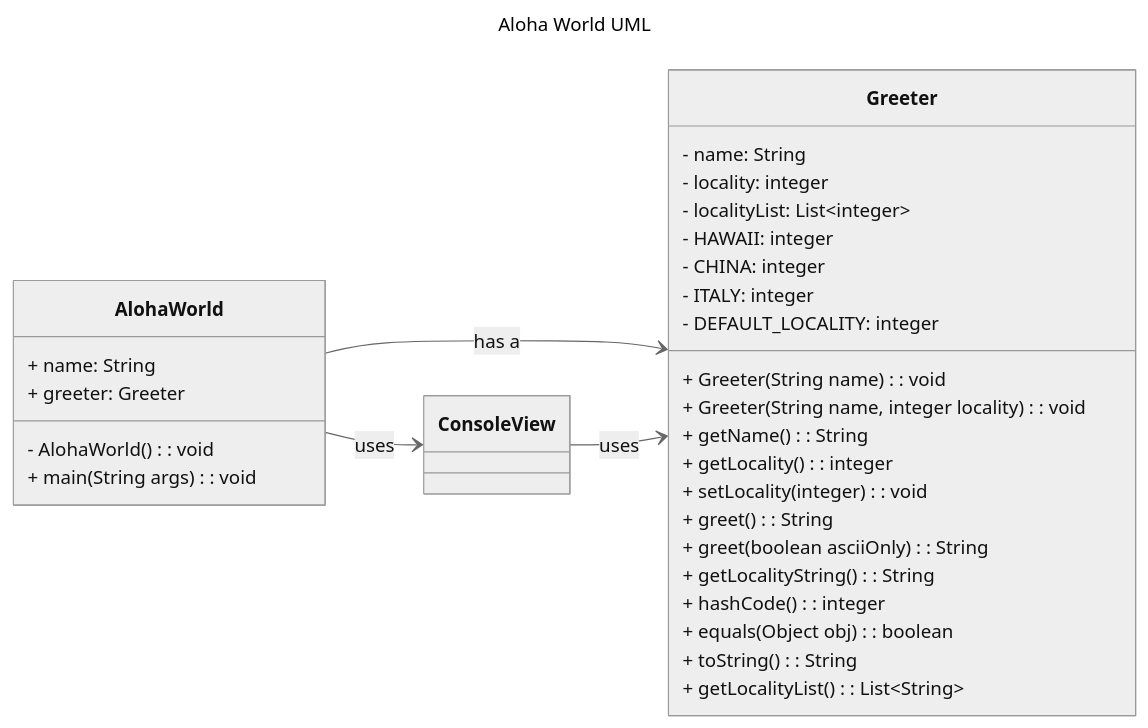
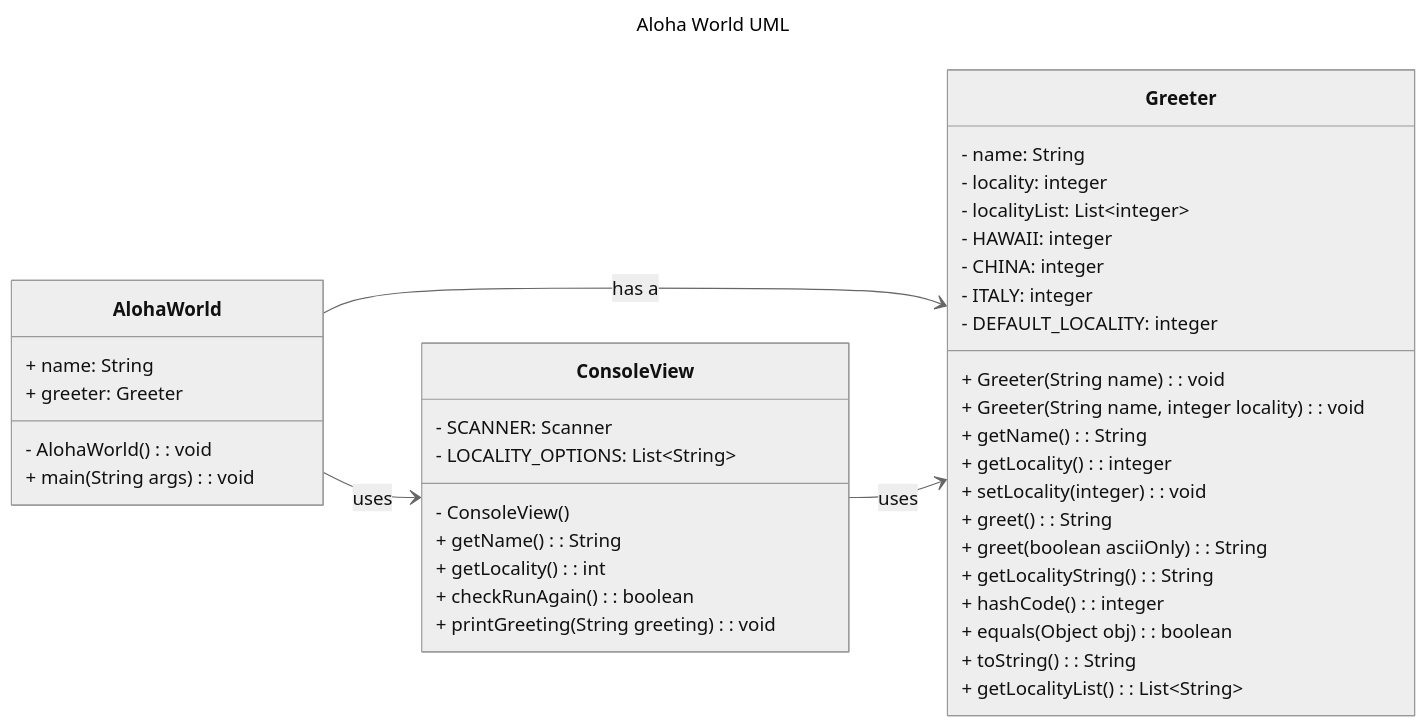
Before and after one commit to arshsinghphd/CS5004_Spr26: the diagram in homework-01-aloha-world-1/Report.md, drawn with Mermaid (neutral theme). The commit also changed other lines of this file, not shown here.

Commit message:
Added class ConsoleView to UML

````diff
--- a/homework-01-aloha-world-1/Report.md
+++ b/homework-01-aloha-world-1/Report.md
@@ -15,41 +15,47 @@
 ```mermaid
 ---
 title: Aloha World UML
 ---
 classDiagram
     direction LR
     AlohaWorld --> Greeter : has a
     AlohaWorld --> ConsoleView : uses
     ConsoleView --> Greeter : uses
 
     class AlohaWorld {
         + name: String
         + greeter: Greeter
         - AlohaWorld(): void
         + main(String args): void
     }
     class Greeter {
         - name: String
         - locality: integer
         - localityList: List~integer~
         - HAWAII: integer
         - CHINA: integer
         - ITALY: integer
         - DEFAULT_LOCALITY: integer
         + Greeter(String name): void
         + Greeter(String name, integer locality): void
         + getName(): String
         + getLocality(): integer
         + setLocality(integer): void
         + greet(): String
         + greet(boolean asciiOnly): String
         + getLocalityString(): String
         + hashCode(): integer
         + equals(Object obj): boolean
         + toString(): String
         + getLocalityList(): List~String~
     }
     class ConsoleView {
-        
+        - SCANNER: Scanner
+        - LOCALITY_OPTIONS: List~String~
+        - ConsoleView()
+        + getName(): String
+        + getLocality(): int
+        + checkRunAgain(): boolean
+        + printGreeting(String greeting): void
     }
 ```
````
